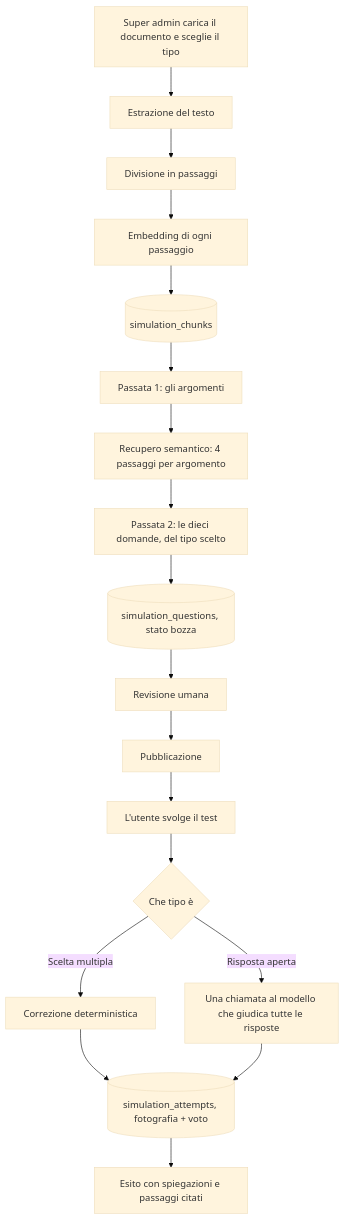
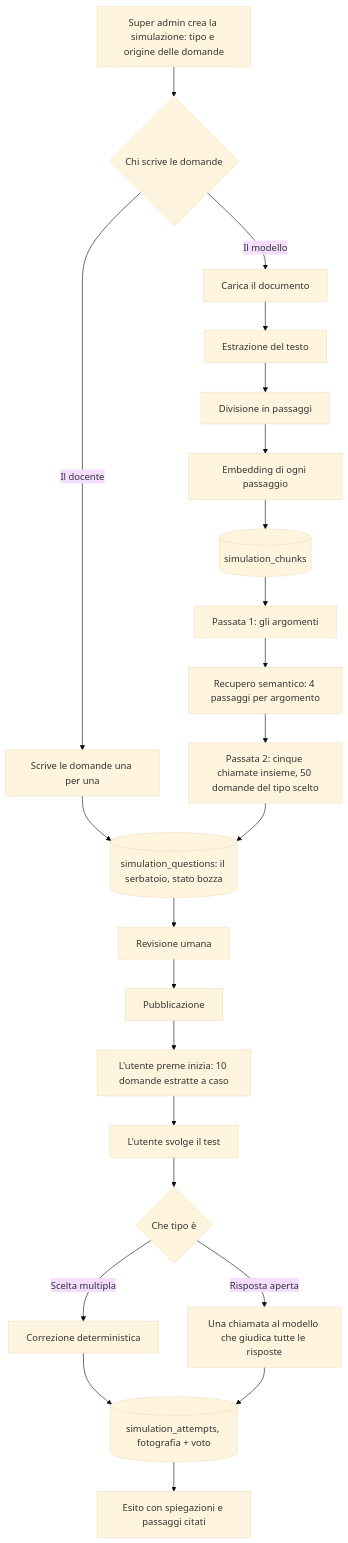
One commit to DavideZanellato99/SkillLab changed the diagram in docs/simulatore.md. Above: the diagram before and after it, drawn with Mermaid (base theme). The commit also changed other lines of this file and 55 other files, not shown here.

````diff
--- a/docs/simulatore.md
+++ b/docs/simulatore.md
@@ -57,20 +117,25 @@
 ```mermaid
 flowchart TD
-    A[Super admin carica il documento e sceglie il tipo] --> B[Estrazione del testo]
+    A0[Super admin crea la simulazione: tipo e origine delle domande] --> A1{Chi scrive le domande}
+    A1 -->|Il modello| A[Carica il documento]
+    A1 -->|Il docente| A2[Scrive le domande una per una]
+    A2 --> I
+    A --> B[Estrazione del testo]
     B --> C[Divisione in passaggi]
     C --> D[Embedding di ogni passaggio]
     D --> E[(simulation_chunks)]
     E --> F[Passata 1: gli argomenti]
     F --> G[Recupero semantico: 4 passaggi per argomento]
-    G --> H[Passata 2: le dieci domande, del tipo scelto]
-    H --> I[(simulation_questions, stato bozza)]
+    G --> H[Passata 2: cinque chiamate insieme, 50 domande del tipo scelto]
+    H --> I[(simulation_questions: il serbatoio, stato bozza)]
     I --> J[Revisione umana]
     J --> K[Pubblicazione]
-    K --> L[L'utente svolge il test]
+    K --> R[L'utente preme inizia: 10 domande estratte a caso]
+    R --> L[L'utente svolge il test]
     L --> M{Che tipo è}
     M -->|Scelta multipla| N[Correzione deterministica]
     M -->|Risposta aperta| O[Una chiamata al modello che giudica tutte le risposte]
     N --> P[(simulation_attempts, fotografia + voto)]
     O --> P
     P --> Q[Esito con spiegazioni e passaggi citati]
 ```
````
